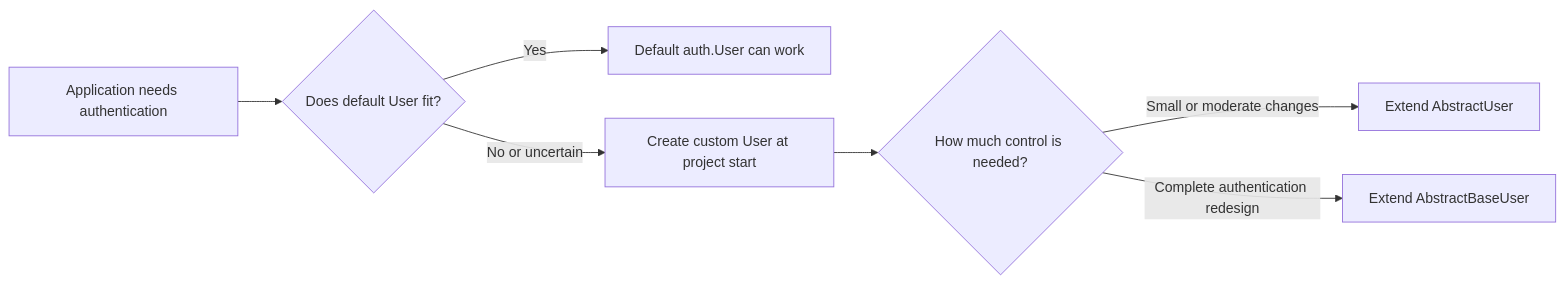
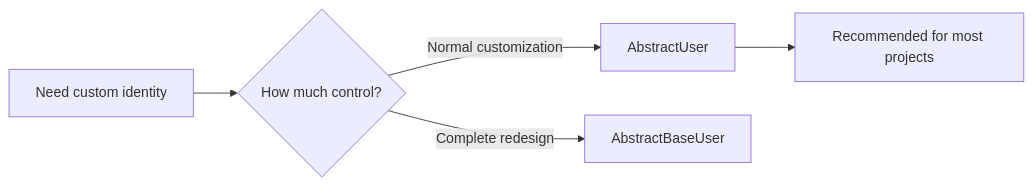
The first of 4 diagrams in src/content/django/custom-user-model.md (AvadhBhalodiya/Interview-Preparation), drawn with Mermaid before and after one commit. The commit also changed other lines of this file and 80 other files, not shown here.

````diff
--- a/src/content/django/custom-user-model.md
+++ b/src/content/django/custom-user-model.md
@@ -20,9 +21,7 @@
 ```mermaid
 flowchart LR
-    A[Application needs authentication] --> B{Does default User fit?}
-    B -->|Yes| C[Default auth.User can work]
-    B -->|No or uncertain| D[Create custom User at project start]
-    D --> E{How much control is needed?}
-    E -->|Small or moderate changes| F[Extend AbstractUser]
-    E -->|Complete authentication redesign| G[Extend AbstractBaseUser]
+    A[Need custom identity] --> B{How much control?}
+    B -->|Normal customization| C[AbstractUser]
+    B -->|Complete redesign| D[AbstractBaseUser]
+    C --> E[Recommended for most projects]
 ```
````
